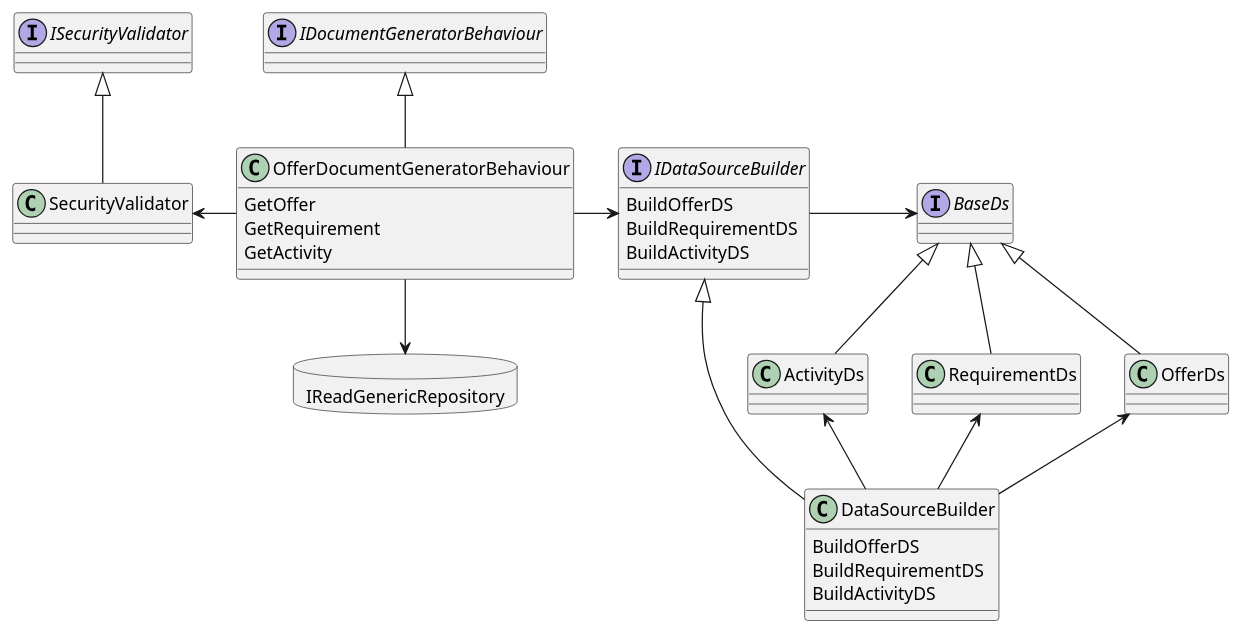
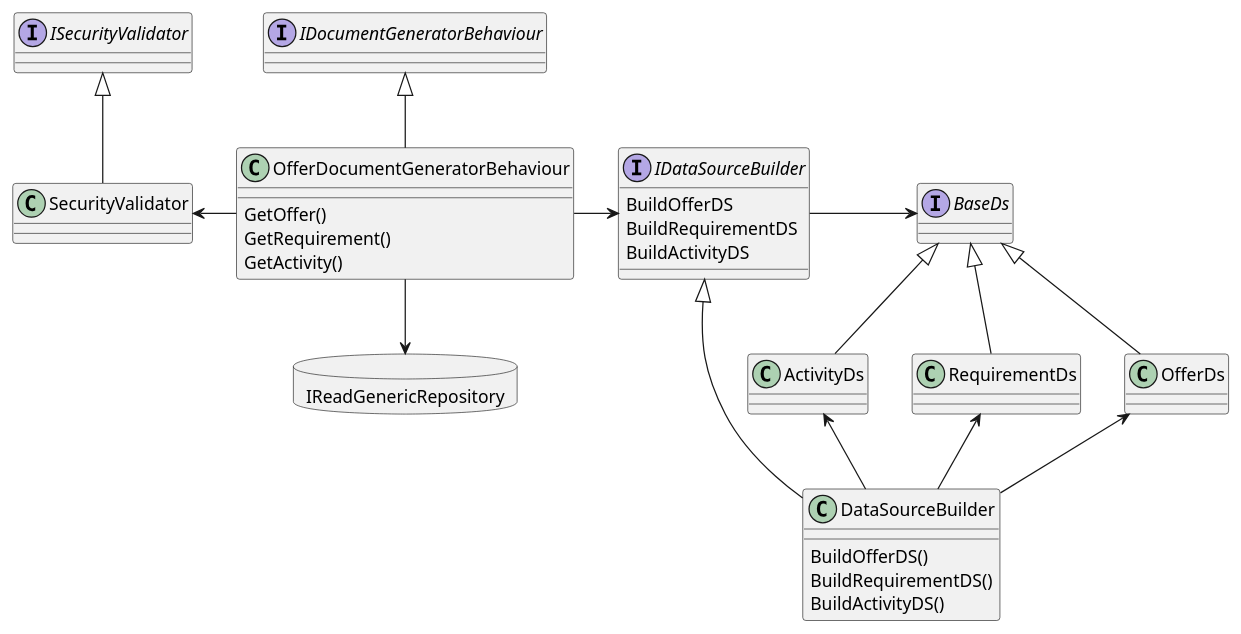
One commit to Kf-GaryNewport/Kf-GaryNewport.github.io changed the diagram in assets/TemplateMasking.puml. Above: the diagram before and after it, drawn with PlantUML.

```diff
--- a/assets/TemplateMasking.puml
+++ b/assets/TemplateMasking.puml
@@ -1,45 +1,45 @@
 @startuml Template Masking
 
 allow_mixing
 
 Interface BaseDs
 BaseDs <|-- OfferDs
 BaseDs <|-- RequirementDs
 BaseDs <|-- ActivityDs
 
 Interface IDataSourceBuilder
 IDataSourceBuilder : BuildOfferDS
 IDataSourceBuilder : BuildRequirementDS
 IDataSourceBuilder : BuildActivityDS
 
 IDataSourceBuilder <|-- DataSourceBuilder
 IDataSourceBuilder -right-> BaseDs
 
-DataSourceBuilder : BuildOfferDS
-DataSourceBuilder : BuildRequirementDS
-DataSourceBuilder : BuildActivityDS
+DataSourceBuilder : BuildOfferDS()
+DataSourceBuilder : BuildRequirementDS()
+DataSourceBuilder : BuildActivityDS()
 
 DataSourceBuilder -up-> OfferDs
 DataSourceBuilder -up-> RequirementDs
 DataSourceBuilder -up-> ActivityDs
 
-OfferDocumentGeneratorBehaviour : GetOffer
-OfferDocumentGeneratorBehaviour : GetRequirement
-OfferDocumentGeneratorBehaviour : GetActivity
+OfferDocumentGeneratorBehaviour : GetOffer()
+OfferDocumentGeneratorBehaviour : GetRequirement()
+OfferDocumentGeneratorBehaviour : GetActivity()
 
 Interface IDocumentGeneratorBehaviour
 IDocumentGeneratorBehaviour <|-- OfferDocumentGeneratorBehaviour
 OfferDocumentGeneratorBehaviour -right-> IDataSourceBuilder
 
 Interface ISecurityValidator
 ISecurityValidator <|-- SecurityValidator
 OfferDocumentGeneratorBehaviour -left-> SecurityValidator
 
 Database IReadGenericRepository
 OfferDocumentGeneratorBehaviour --> IReadGenericRepository
 
 'Interface IEntityValidator
 'IEntityValidator <|-- EntityValidator
 'OfferDocumentGeneratorBehaviour -left-> EntityValidator
 
 @enduml
```
